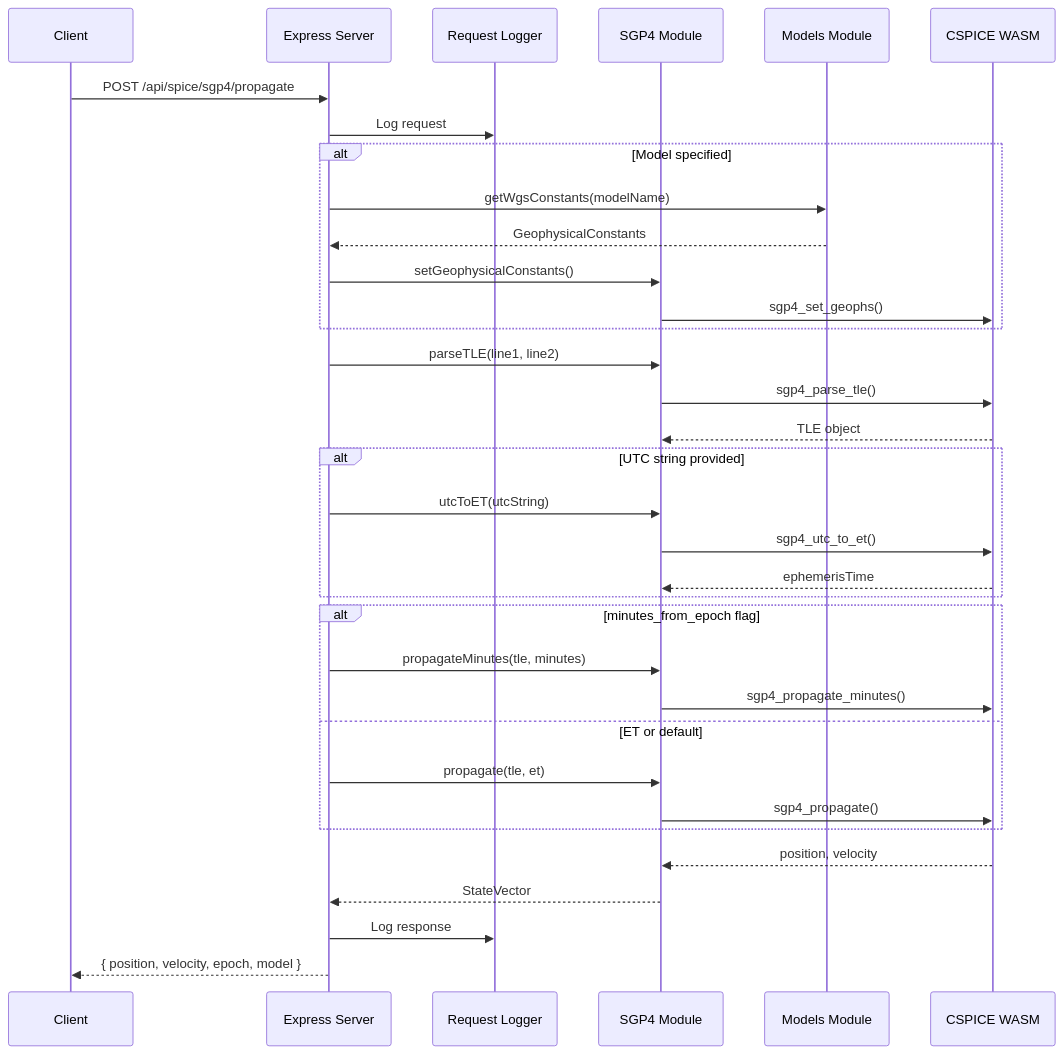
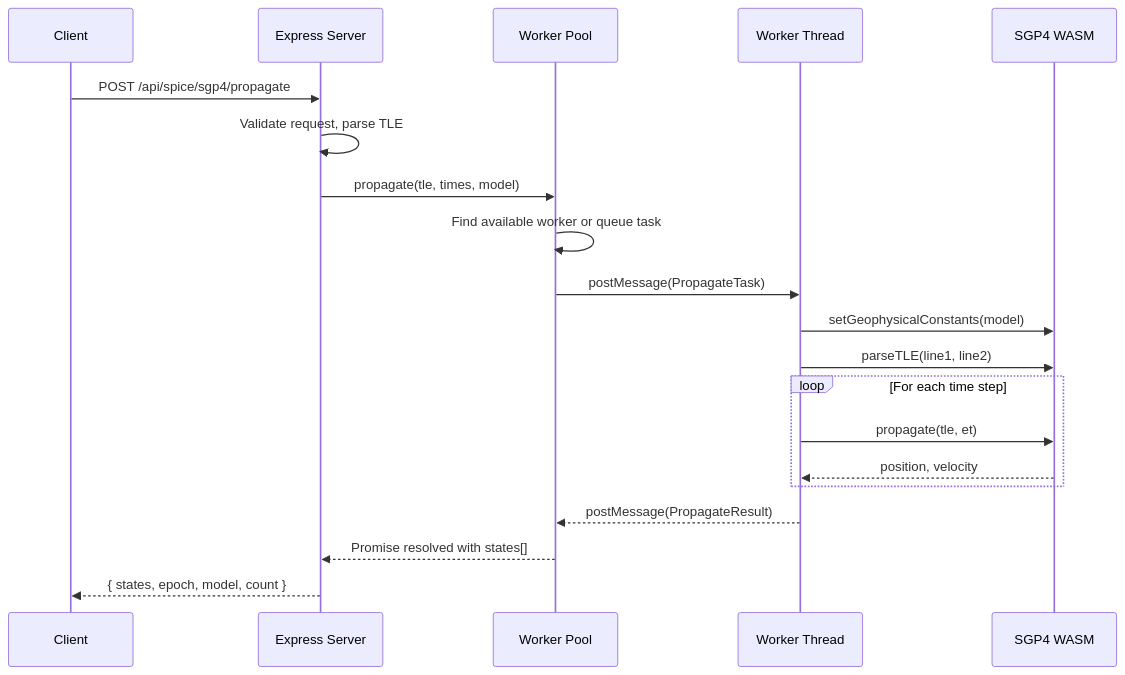
The third of 6 diagrams in docs/architecture.md (haisamido/spice), drawn with Mermaid before and after one commit. The commit also changed other lines of this file and 8 other files, not shown here.

First line of the commit message:
Added worker pool for parallel SGP4 propagation with documentation updates

````diff
--- a/docs/architecture.md
+++ b/docs/architecture.md
@@ -145,42 +189,28 @@
 ```mermaid
 sequenceDiagram
     participant Client
     participant Server as Express Server
-    participant Logger as Request Logger
-    participant SGP4 as SGP4 Module
-    participant Models as Models Module
-    participant WASM as CSPICE WASM
+    participant Pool as Worker Pool
+    participant Worker as Worker Thread
+    participant WASM as SGP4 WASM
 
     Client->>Server: POST /api/spice/sgp4/propagate
-    Server->>Logger: Log request
+    Server->>Server: Validate request, parse TLE
 
-    alt Model specified
-        Server->>Models: getWgsConstants(modelName)
-        Models-->>Server: GeophysicalConstants
-        Server->>SGP4: setGeophysicalConstants()
-        SGP4->>WASM: sgp4_set_geophs()
+    Server->>Pool: propagate(tle, times, model)
+    Pool->>Pool: Find available worker or queue task
+
+    Pool->>Worker: postMessage(PropagateTask)
+    Worker->>WASM: setGeophysicalConstants(model)
+    Worker->>WASM: parseTLE(line1, line2)
+
+    loop For each time step
+        Worker->>WASM: propagate(tle, et)
+        WASM-->>Worker: position, velocity
     end
 
-    Server->>SGP4: parseTLE(line1, line2)
-    SGP4->>WASM: sgp4_parse_tle()
-    WASM-->>SGP4: TLE object
+    Worker-->>Pool: postMessage(PropagateResult)
+    Pool-->>Server: Promise resolved with states[]
 
-    alt UTC string provided
-        Server->>SGP4: utcToET(utcString)
-        SGP4->>WASM: sgp4_utc_to_et()
-        WASM-->>SGP4: ephemerisTime
-    end
-
-    alt minutes_from_epoch flag
-        Server->>SGP4: propagateMinutes(tle, minutes)
-        SGP4->>WASM: sgp4_propagate_minutes()
-    else ET or default
-        Server->>SGP4: propagate(tle, et)
-        SGP4->>WASM: sgp4_propagate()
-    end
-
-    WASM-->>SGP4: position, velocity
-    SGP4-->>Server: StateVector
-    Server->>Logger: Log response
-    Server-->>Client: { position, velocity, epoch, model }
+    Server-->>Client: { states, epoch, model, count }
 ```
````
